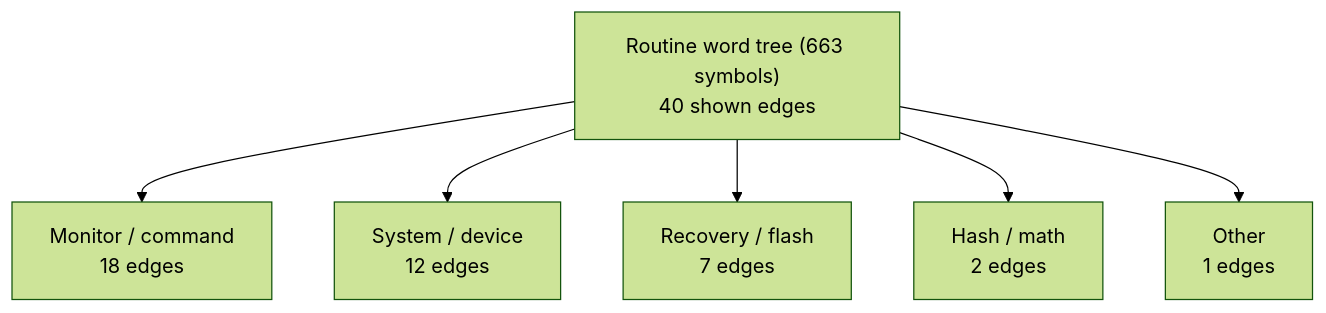
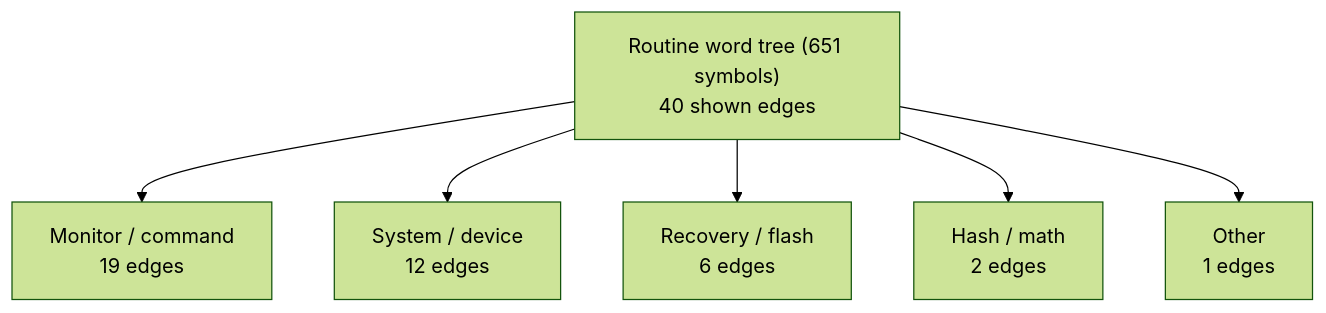
One commit to 95westus/R-YORS changed the first of 7 diagrams in DOC/GENERATED/ROUTINE_WORD_TREE.md. Above: the diagram before and after it, drawn with Mermaid (forest theme). The commit also changed other lines of this file and 25 other files, not shown here.

````diff
--- a/DOC/GENERATED/ROUTINE_WORD_TREE.md
+++ b/DOC/GENERATED/ROUTINE_WORD_TREE.md
@@ -16,8 +16,8 @@
 ```mermaid
 flowchart TD
-    MAP_ROOT_ROUTINE_WORD_TREE__663_SYMBOLS_["Routine word tree (663 symbols)<br/>40 shown edges"] --> MAP_FAMILY_MONITOR___COMMAND["Monitor / command<br/>18 edges"]
-    MAP_ROOT_ROUTINE_WORD_TREE__663_SYMBOLS_["Routine word tree (663 symbols)<br/>40 shown edges"] --> MAP_FAMILY_SYSTEM___DEVICE["System / device<br/>12 edges"]
-    MAP_ROOT_ROUTINE_WORD_TREE__663_SYMBOLS_["Routine word tree (663 symbols)<br/>40 shown edges"] --> MAP_FAMILY_RECOVERY___FLASH["Recovery / flash<br/>7 edges"]
-    MAP_ROOT_ROUTINE_WORD_TREE__663_SYMBOLS_["Routine word tree (663 symbols)<br/>40 shown edges"] --> MAP_FAMILY_HASH___MATH["Hash / math<br/>2 edges"]
-    MAP_ROOT_ROUTINE_WORD_TREE__663_SYMBOLS_["Routine word tree (663 symbols)<br/>40 shown edges"] --> MAP_FAMILY_OTHER["Other<br/>1 edges"]
+    MAP_ROOT_ROUTINE_WORD_TREE__651_SYMBOLS_["Routine word tree (651 symbols)<br/>40 shown edges"] --> MAP_FAMILY_MONITOR___COMMAND["Monitor / command<br/>19 edges"]
+    MAP_ROOT_ROUTINE_WORD_TREE__651_SYMBOLS_["Routine word tree (651 symbols)<br/>40 shown edges"] --> MAP_FAMILY_SYSTEM___DEVICE["System / device<br/>12 edges"]
+    MAP_ROOT_ROUTINE_WORD_TREE__651_SYMBOLS_["Routine word tree (651 symbols)<br/>40 shown edges"] --> MAP_FAMILY_RECOVERY___FLASH["Recovery / flash<br/>6 edges"]
+    MAP_ROOT_ROUTINE_WORD_TREE__651_SYMBOLS_["Routine word tree (651 symbols)<br/>40 shown edges"] --> MAP_FAMILY_HASH___MATH["Hash / math<br/>2 edges"]
+    MAP_ROOT_ROUTINE_WORD_TREE__651_SYMBOLS_["Routine word tree (651 symbols)<br/>40 shown edges"] --> MAP_FAMILY_OTHER["Other<br/>1 edges"]
 ```
````
